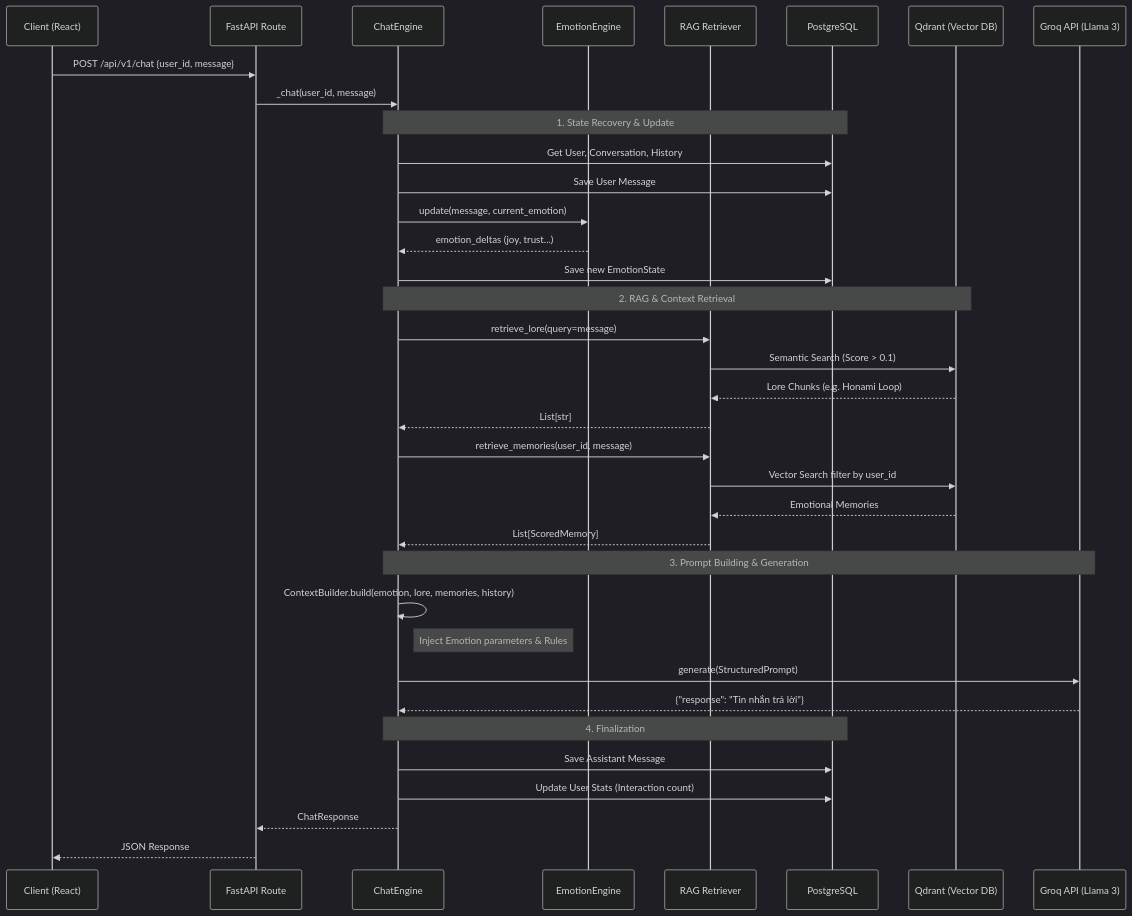
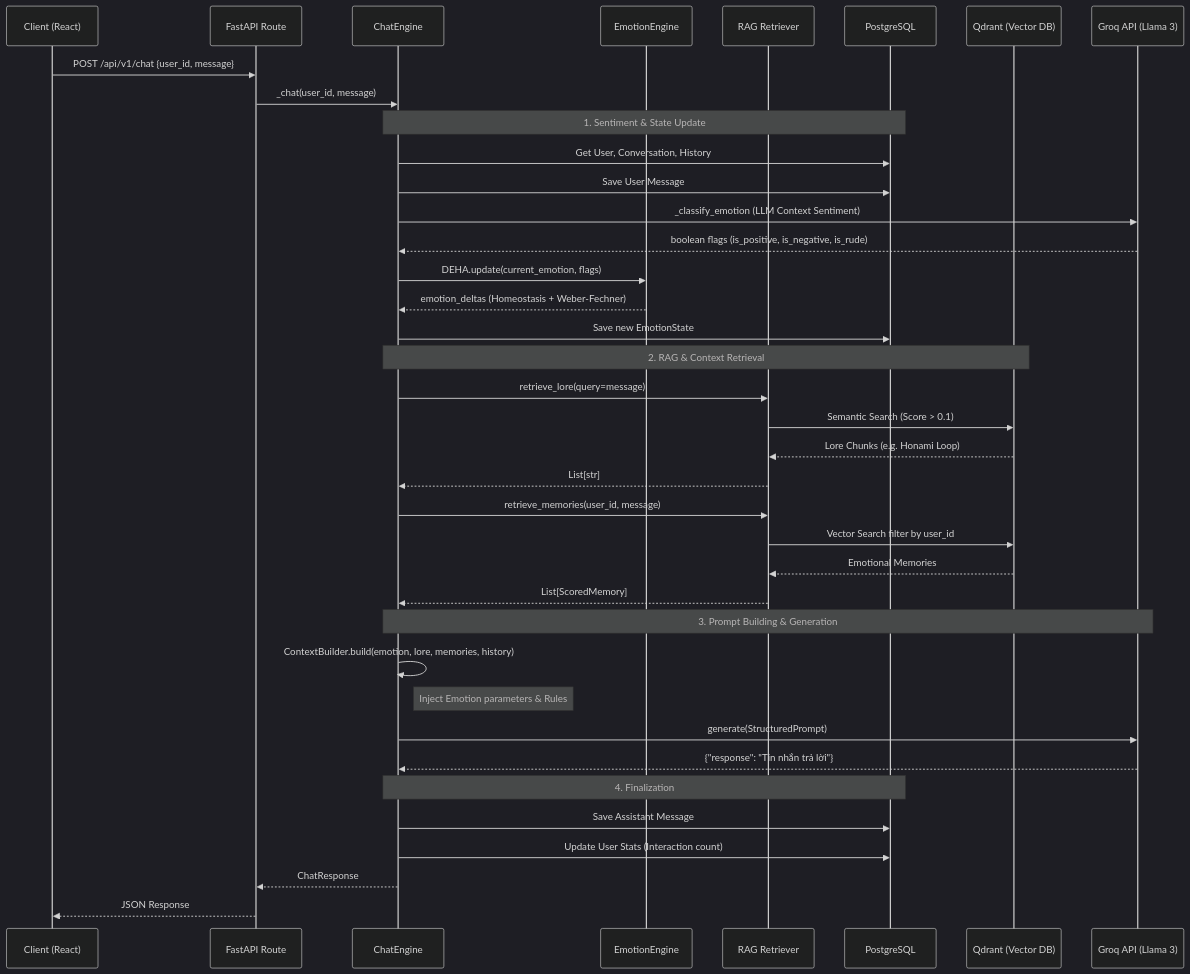
One commit to HoanBuCon/Kuchiba-Chisa changed the diagram in WALKTHROUGH.md. Above: the diagram before and after it, drawn with Mermaid (dark theme). The commit also changed other lines of this file and 2 other files, not shown here.

Commit message:
Update README.md, WALKTHROUGH.md

````diff
--- a/WALKTHROUGH.md
+++ b/WALKTHROUGH.md
@@ -56,45 +56,47 @@
 ```mermaid
 sequenceDiagram
     participant C as Client (React)
     participant API as FastAPI Route
     participant CE as ChatEngine
     participant EE as EmotionEngine
     participant RAG as RAG Retriever
     participant DB as PostgreSQL
     participant QD as Qdrant (Vector DB)
     participant LLM as Groq API (Llama 3)
     
     C->>API: POST /api/v1/chat {user_id, message}
     API->>CE: _chat(user_id, message)
     
-    Note over CE,DB: 1. State Recovery & Update
+    Note over CE,DB: 1. Sentiment & State Update
     CE->>DB: Get User, Conversation, History
     CE->>DB: Save User Message
-    CE->>EE: update(message, current_emotion)
-    EE-->>CE: emotion_deltas (joy, trust...)
+    CE->>LLM: _classify_emotion (LLM Context Sentiment)
+    LLM-->>CE: boolean flags (is_positive, is_negative, is_rude)
+    CE->>EE: DEHA.update(current_emotion, flags)
+    EE-->>CE: emotion_deltas (Homeostasis + Weber-Fechner)
     CE->>DB: Save new EmotionState
     
     Note over CE,QD: 2. RAG & Context Retrieval
     CE->>RAG: retrieve_lore(query=message)
     RAG->>QD: Semantic Search (Score > 0.1)
     QD-->>RAG: Lore Chunks (e.g. Honami Loop)
     RAG-->>CE: List[str]
     
     CE->>RAG: retrieve_memories(user_id, message)
     RAG->>QD: Vector Search filter by user_id
     QD-->>RAG: Emotional Memories
     RAG-->>CE: List[ScoredMemory]
     
     Note over CE,LLM: 3. Prompt Building & Generation
     CE->>CE: ContextBuilder.build(emotion, lore, memories, history)
     Note right of CE: Inject Emotion parameters & Rules
     CE->>LLM: generate(StructuredPrompt)
     LLM-->>CE: {"response": "Tin nhắn trả lời"}
     
     Note over CE,DB: 4. Finalization
     CE->>DB: Save Assistant Message
     CE->>DB: Update User Stats (Interaction count)
     
     CE-->>API: ChatResponse
     API-->>C: JSON Response
 ```
````
